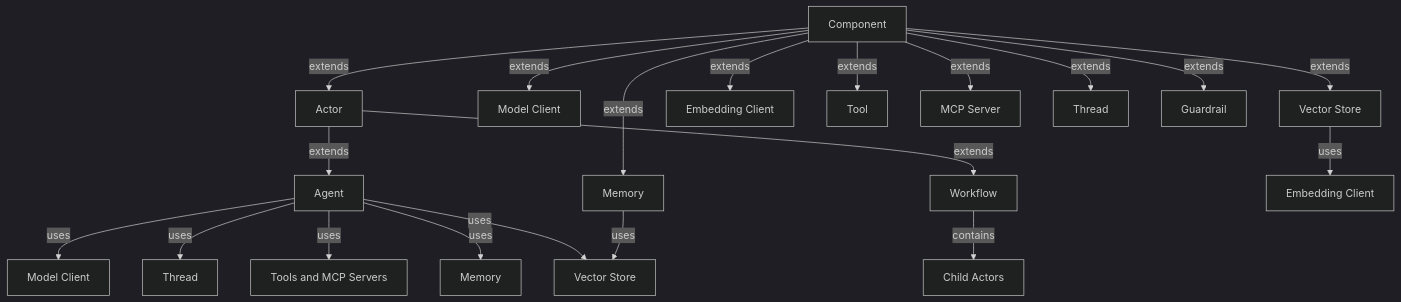
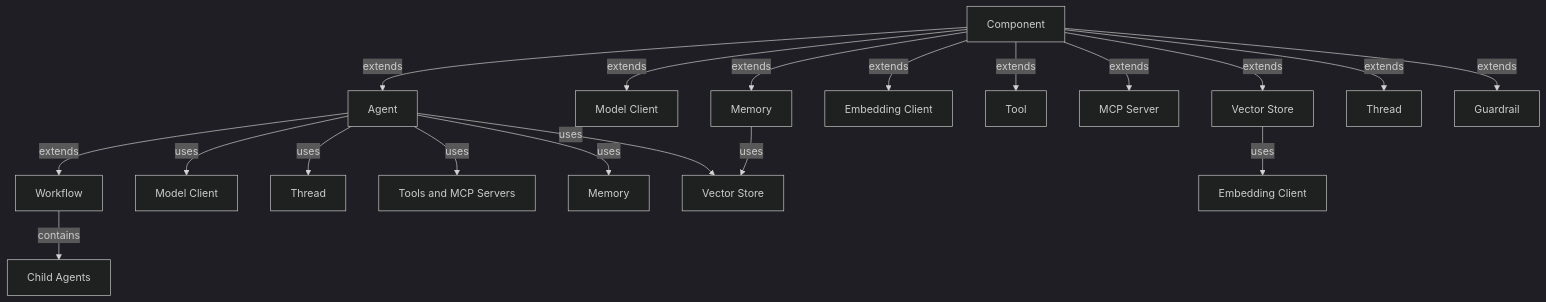
Before and after one commit to microsoft/agent-framework: the diagram in docs/design/main.md, drawn with Mermaid (dark theme). The commit also changed other lines of this file and 2 other files, not shown here.

````diff
--- a/docs/design/main.md
+++ b/docs/design/main.md
@@ -74,26 +74,25 @@
 ```mermaid
 graph TD
-    Component[Component] --> |extends| Actor[Actor]
-    Actor --> |extends| Agent[Agent]
-    Actor --> |extends| Workflow[Workflow]
+    Component[Component] --> |extends| Agent[Agent]
+    Agent --> |extends| Workflow[Workflow]
     
     Component --> |extends| ModelClient[Model Client]
     Component --> |extends| VectorStore[Vector Store]
     Component --> |extends| EmbeddingClient[Embedding Client]
     Component --> |extends| Tool[Tool]
     Component --> |extends| MCPServer[MCP Server]
     Component --> |extends| Memory[Memory]
     Component --> |extends| Thread[Thread]
     Component --> |extends| Guardrail[Guardrail]
     
     Agent --> |uses| uses1[Model Client]
     Agent --> |uses| uses2[Thread]
     Agent --> |uses| uses3[Tools and MCP Servers]
     Agent --> |uses| uses4[Memory]
     Agent --> |uses| uses5[Guardrail]
     
-    Workflow --> |contains| contains[Child Actors]
+    Workflow --> |contains| contains[Child Agents]
 
     Memory --> |uses| uses5[Vector Store]
     VectorStore --> |uses| uses6[Embedding Client]
 ```
````
